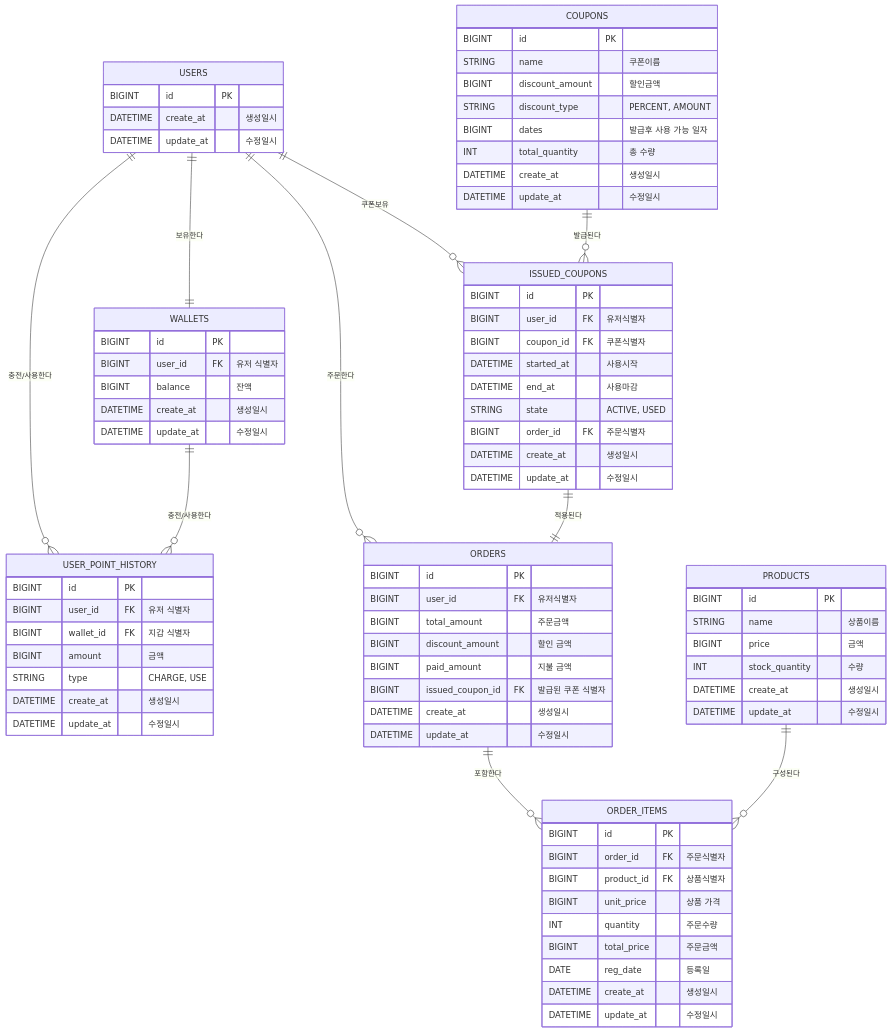
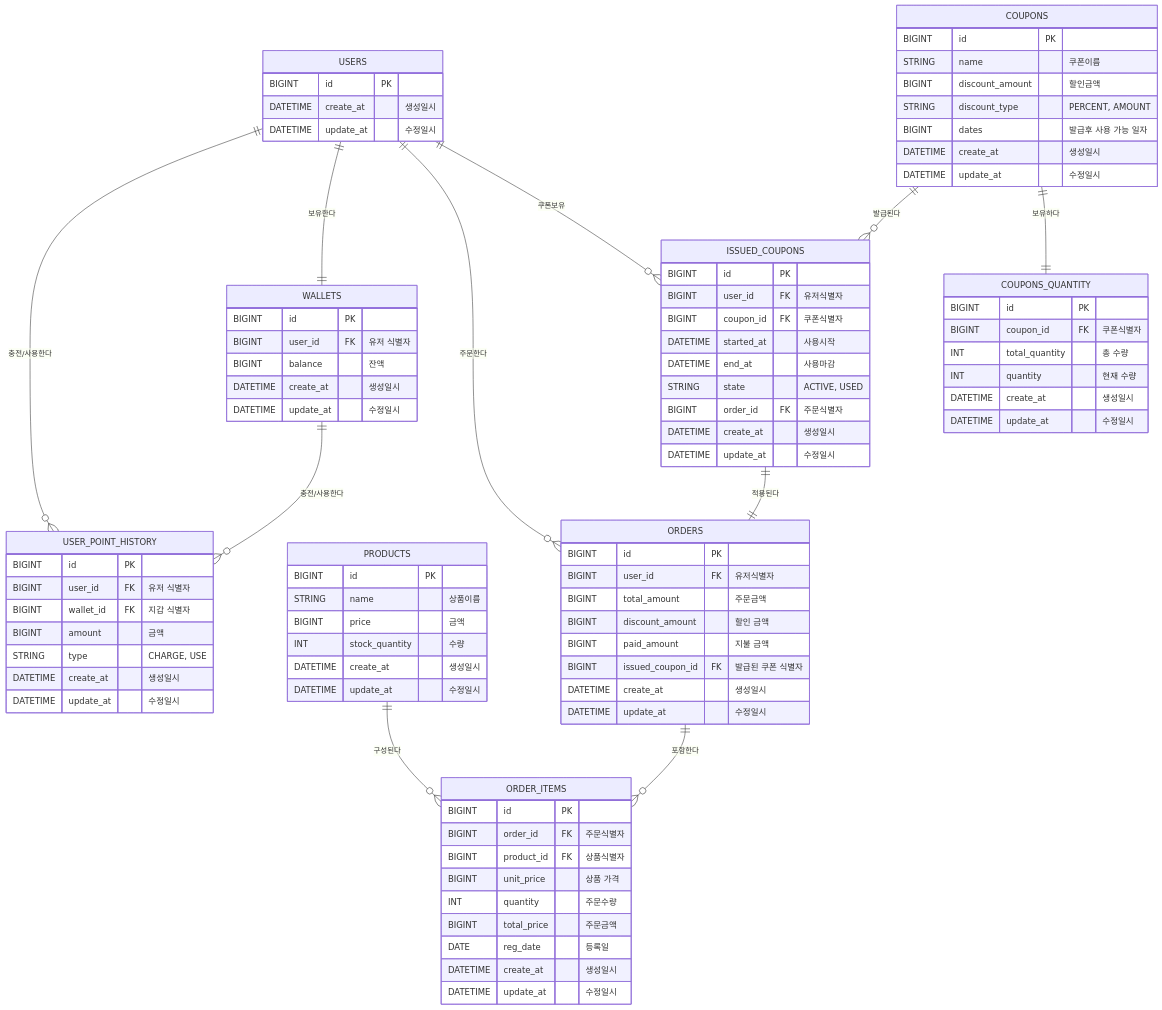
One commit to HyunJng/e-commerce changed the diagram in docs/erd-diagram.md. Above: the diagram before and after it, drawn with Mermaid. The commit also changed 7 other files, not shown here.

Commit message:
refact: coupon_quantity 정규화

````diff
--- a/docs/erd-diagram.md
+++ b/docs/erd-diagram.md
@@ -62,9 +62,17 @@
         BIGINT discount_amount "할인금액"
         STRING discount_type "PERCENT, AMOUNT"
         BIGINT dates "발급후 사용 가능 일자"
-        INT total_quantity "총 수량"
         DATETIME create_at "생성일시"
         DATETIME update_at "수정일시"    }
+
+    COUPONS_QUANTITY {
+        BIGINT id PK
+        BIGINT coupon_id FK "쿠폰식별자"
+        INT total_quantity "총 수량"
+        INT quantity "현재 수량"
+        DATETIME create_at "생성일시"
+        DATETIME update_at "수정일시"    }
+
 
     ISSUED_COUPONS {
         BIGINT id PK
@@ -79,13 +87,16 @@
     }
 
 %% 관계 정의
+    USERS ||--o{ USER_POINT_HISTORY: "충전/사용한다"
+    WALLETS ||--o{ USER_POINT_HISTORY: "충전/사용한다"
+
     USERS ||--|| WALLETS: "보유한다"
     USERS ||--o{ ORDERS: "주문한다"
-    USERS ||--o{ USER_POINT_HISTORY: "충전/사용한다"
-    WALLETS ||--o{ USER_POINT_HISTORY: "충전/사용한다"
+    
     USERS ||--o{ ISSUED_COUPONS: "쿠폰보유"
     ORDERS ||--o{ ORDER_ITEMS: "포함한다"
     PRODUCTS ||--o{ ORDER_ITEMS: "구성된다"
     COUPONS ||--o{ ISSUED_COUPONS: "발급된다"
+    COUPONS ||--|| COUPONS_QUANTITY: "보유하다"
     ISSUED_COUPONS ||--|| ORDERS: "적용된다"
 ```
````
